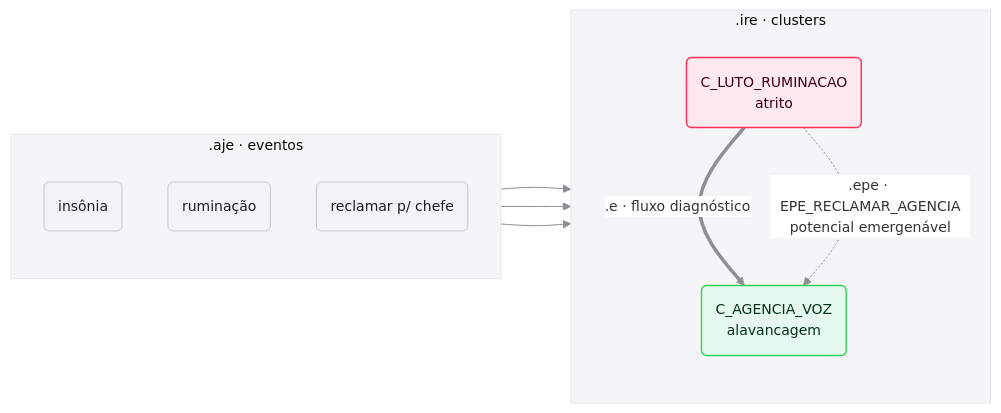
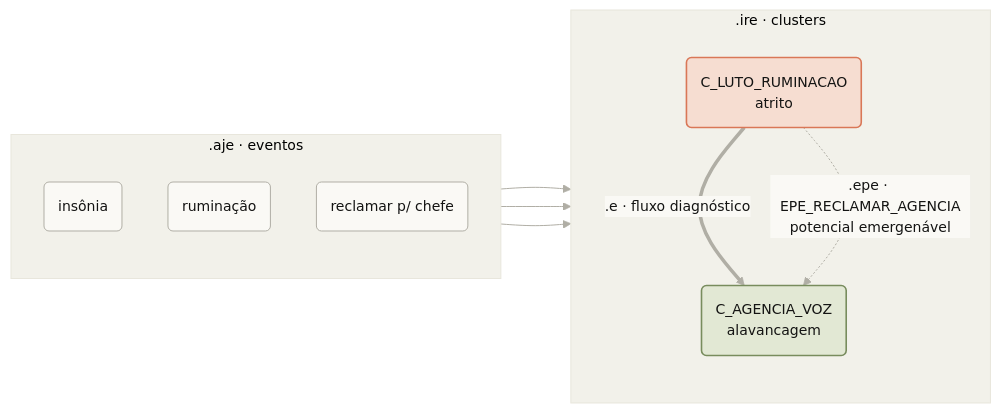
The sixth of 8 diagrams in README.md (myselfgus/patient-memory), drawn with Mermaid before and after one commit. The commit also changed other lines of this file, not shown here.

Commit message:
style(readme): aplica identidade de marca Anthropic (Poppins + paleta areia/tinta + acentos orange/blue/green); remove mindmap do Espaco Mental

````diff
--- a/README.md
+++ b/README.md
@@ -268,27 +280,27 @@
 ```mermaid
-%%{init: {"theme":"base","themeVariables":{"fontFamily":"-apple-system, BlinkMacSystemFont, Segoe UI, Helvetica, Arial, sans-serif","fontSize":"14px","lineColor":"#8E8E93","clusterBkg":"#F5F5F7","clusterBorder":"#E5E5EA","edgeLabelBackground":"#FFFFFF"},"flowchart":{"curve":"basis","htmlLabels":true,"padding":14,"nodeSpacing":46,"rankSpacing":70}}}%%
+%%{init: {"theme":"base","themeVariables":{"fontFamily":"Poppins, Arial, Helvetica, sans-serif","fontSize":"14px","primaryColor":"#faf9f5","primaryTextColor":"#141413","primaryBorderColor":"#b0aea5","lineColor":"#b0aea5","clusterBkg":"#f2f1ea","clusterBorder":"#e8e6dc","edgeLabelBackground":"#faf9f5"},"flowchart":{"curve":"basis","htmlLabels":true,"padding":14,"nodeSpacing":46,"rankSpacing":70}}}%%
 flowchart LR
     subgraph AJE[".aje · eventos"]
         direction TB
         e1("insônia")
         e2("ruminação")
         e3("reclamar p/ chefe")
     end
     subgraph IRE[".ire · clusters"]
         direction TB
         cF("C_LUTO_RUMINACAO<br/>atrito")
         cL("C_AGENCIA_VOZ<br/>alavancagem")
     end
     e1 --> cF
     e2 --> cF
     e3 --> cL
     cF ==>|".e · fluxo diagnóstico"| cL
     cF -.->|".epe · EPE_RECLAMAR_AGENCIA<br/>potencial emergenável"| cL
 
-    classDef gray fill:#F2F2F7,stroke:#C7C7CC,stroke-width:1px,color:#1D1D1F
-    classDef friction fill:#FFE9F0,stroke:#FF2D55,stroke-width:1.4px,color:#3D0011
-    classDef leverage fill:#E6F9EE,stroke:#30D158,stroke-width:1.4px,color:#06321A
-    class e1,e2,e3 gray
+    classDef sand fill:#faf9f5,stroke:#b0aea5,stroke-width:1px,color:#141413
+    classDef friction fill:#f6ddd1,stroke:#d97757,stroke-width:1.6px,color:#141413
+    classDef leverage fill:#e2e8d4,stroke:#788c5d,stroke-width:1.6px,color:#141413
+    class e1,e2,e3 sand
     class cF friction
     class cL leverage
 ```
````
